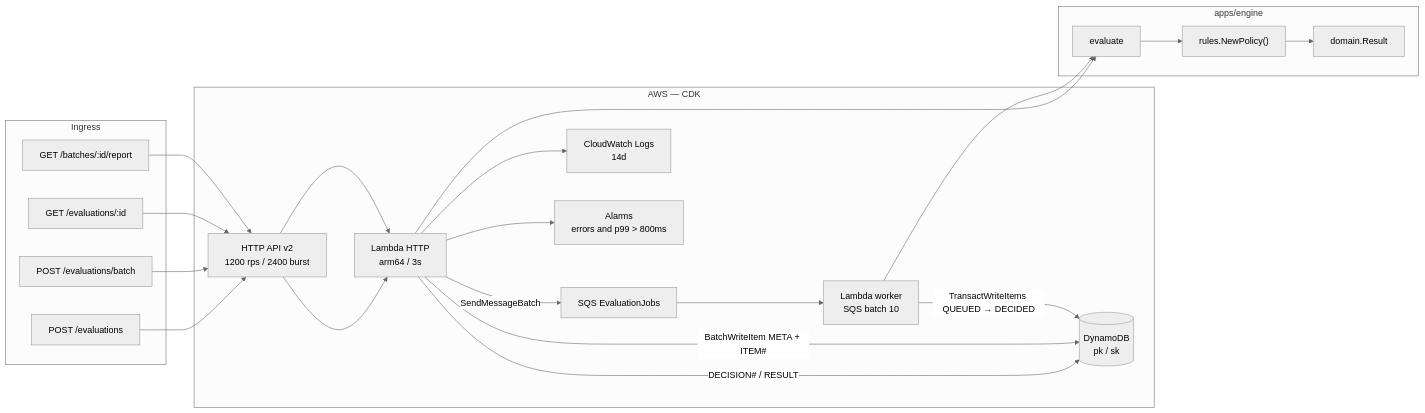
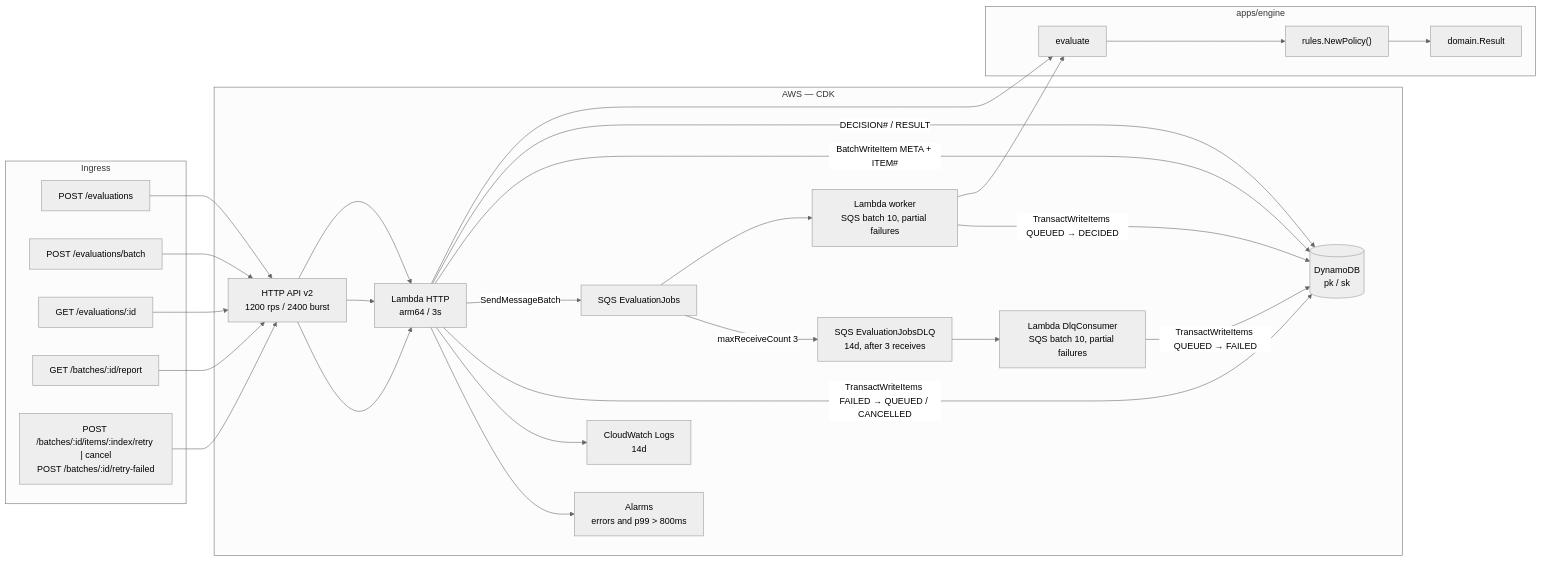
The first of 4 diagrams in docs/architecture.md (vitoladev/credit-card-engine), drawn with Mermaid (neutral theme) before and after one commit. The commit also changed other lines of this file and 21 other files, not shown here.

First line of the commit message:
feat(engine): fail closed, DLQ consumer, and operator retry and cancel

````diff
--- a/docs/architecture.md
+++ b/docs/architecture.md
@@ -31,36 +34,42 @@
 ```mermaid
 flowchart LR
   subgraph clients [Ingress]
     sync["POST /evaluations"]
     batch["POST /evaluations/batch"]
     getOne["GET /evaluations/:id"]
     getReport["GET /batches/:id/report"]
+    recover["POST /batches/:id/items/:index/retry | cancel\nPOST /batches/:id/retry-failed"]
   end
 
   subgraph edge [AWS — CDK]
     api["HTTP API v2\n1200 rps / 2400 burst"]
     fn["Lambda HTTP\narm64 / 3s"]
     q["SQS EvaluationJobs"]
-    worker["Lambda worker\nSQS batch 10"]
+    worker["Lambda worker\nSQS batch 10, partial failures"]
+    dlq["SQS EvaluationJobsDLQ\n14d, after 3 receives"]
+    dlqFn["Lambda DlqConsumer\nSQS batch 10, partial failures"]
     ddb[("DynamoDB\npk / sk")]
     logs["CloudWatch Logs\n14d"]
     alarms["Alarms\nerrors and p99 > 800ms"]
   end
 
   subgraph core [apps/engine]
     ev["evaluate"]
     chain["rules.NewPolicy()"]
     domain["domain.Result"]
   end
 
   sync --> api --> fn --> ev
   fn -->|"DECISION# / RESULT"| ddb
   batch --> api --> fn -->|"BatchWriteItem META + ITEM#"| ddb
   fn -->|SendMessageBatch| q --> worker --> ev
   worker -->|"TransactWriteItems QUEUED → DECIDED"| ddb
+  q -->|"maxReceiveCount 3"| dlq --> dlqFn
+  dlqFn -->|"TransactWriteItems QUEUED → FAILED"| ddb
+  recover --> api --> fn -->|"TransactWriteItems FAILED → QUEUED / CANCELLED"| ddb
   getOne --> api
   getReport --> api
   ev --> chain --> domain
   fn --> logs
   fn --> alarms
 ```
````
